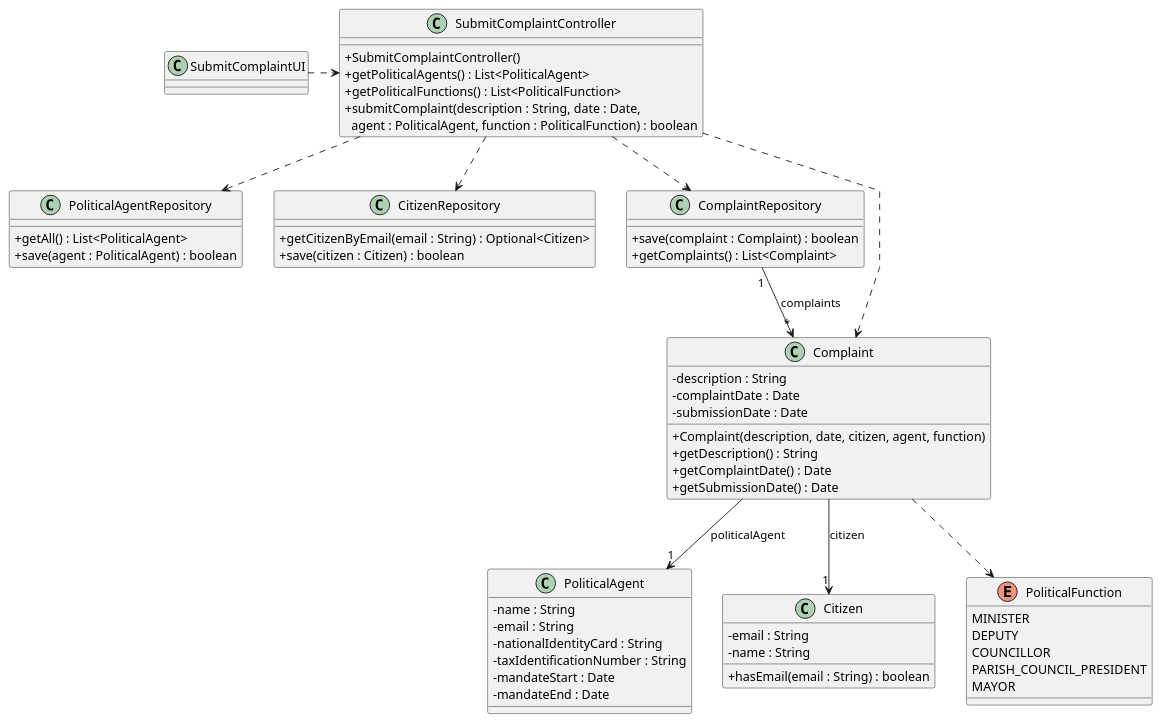
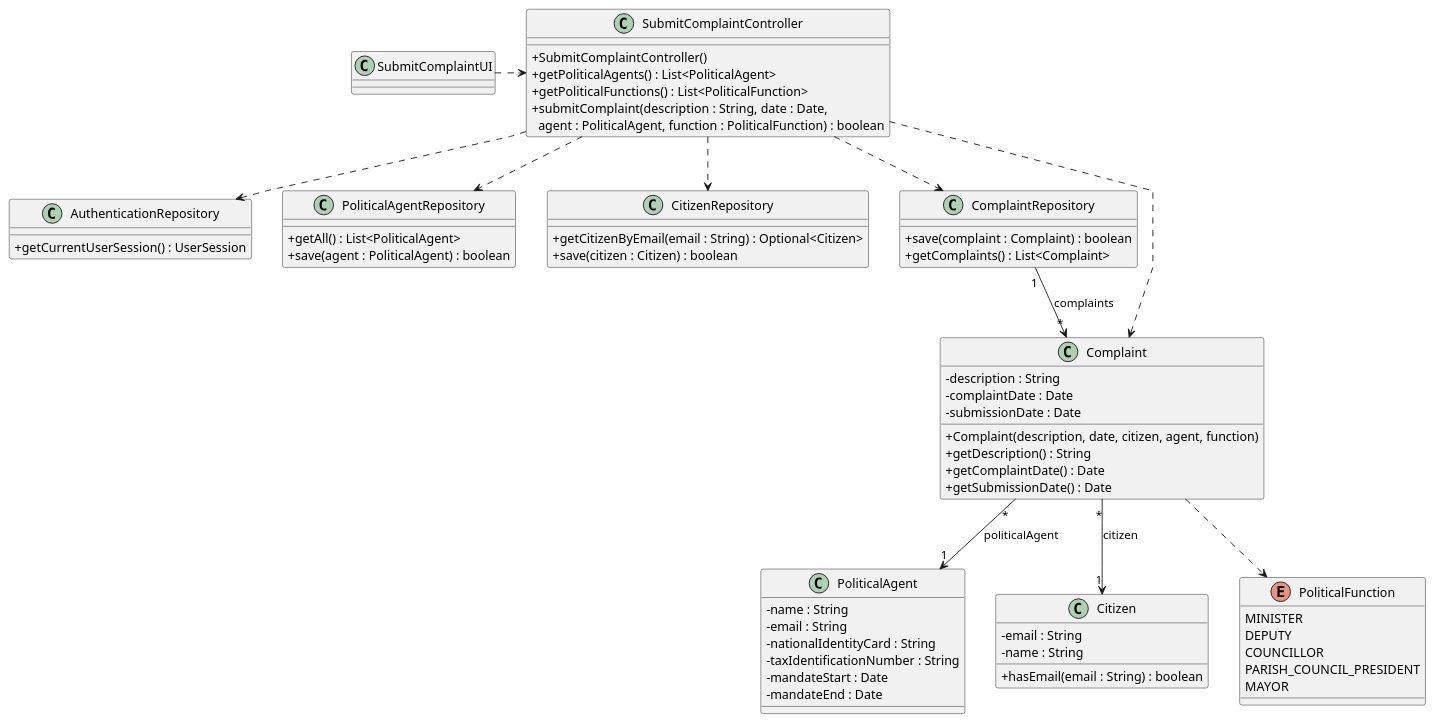
The diagram in docs/system-documentation/US12/03.design/puml/US12-CD.puml (brunodspinto/crystal-clear-platform), drawn with PlantUML before and after one commit. The commit also changed 4 other files, not shown here.

Commit message:
Clarify Organization "nature" and update diagrams #5 #13

```diff
--- a/docs/system-documentation/US12/03.design/puml/US12-CD.puml
+++ b/docs/system-documentation/US12/03.design/puml/US12-CD.puml
@@ -1,80 +1,85 @@
 @startuml US12-CD
 skinparam packageStyle rectangle
 skinparam shadowing false
 skinparam linetype polyline
 skinparam classAttributeIconSize 0
 
 class SubmitComplaintUI {
 }
 
 class SubmitComplaintController {
     + SubmitComplaintController()
     + getPoliticalAgents() : List<PoliticalAgent>
     + getPoliticalFunctions() : List<PoliticalFunction>
     + submitComplaint(description : String, date : Date,\n  agent : PoliticalAgent, function : PoliticalFunction) : boolean
+}
+
+class AuthenticationRepository {
+    + getCurrentUserSession() : UserSession
 }
 
 
 
 class PoliticalAgentRepository {
     + getAll() : List<PoliticalAgent>
     + save(agent : PoliticalAgent) : boolean
 }
 
 class CitizenRepository {
     + getCitizenByEmail(email : String) : Optional<Citizen>
     + save(citizen : Citizen) : boolean
 }
 
 class ComplaintRepository {
     + save(complaint : Complaint) : boolean
     + getComplaints() : List<Complaint>
 }
 
 class Complaint {
     - description : String
     - complaintDate : Date
     - submissionDate : Date
     + Complaint(description, date, citizen, agent, function)
     + getDescription() : String
     + getComplaintDate() : Date
     + getSubmissionDate() : Date
 }
 
 class PoliticalAgent {
     - name : String
     - email : String
     - nationalIdentityCard : String
     - taxIdentificationNumber : String
     - mandateStart : Date
     - mandateEnd : Date
 }
 
 class Citizen {
     - email : String
     - name : String
     + hasEmail(email : String) : boolean
 }
 
 enum PoliticalFunction {
     MINISTER
     DEPUTY
     COUNCILLOR
     PARISH_COUNCIL_PRESIDENT
     MAYOR
 }
 
 SubmitComplaintUI .> SubmitComplaintController
 
 SubmitComplaintController ..> PoliticalAgentRepository
 SubmitComplaintController ..> CitizenRepository
 SubmitComplaintController ..> ComplaintRepository
+SubmitComplaintController ..> AuthenticationRepository
 SubmitComplaintController ..> Complaint
 
 ComplaintRepository "1" --> "*" Complaint : complaints
 
-Complaint --> "1" Citizen : citizen
-Complaint --> "1" PoliticalAgent : politicalAgent
+Complaint "*" --> "1" Citizen : citizen
+Complaint "*" --> "1" PoliticalAgent : politicalAgent
 Complaint ..> PoliticalFunction
 
 @enduml
```
